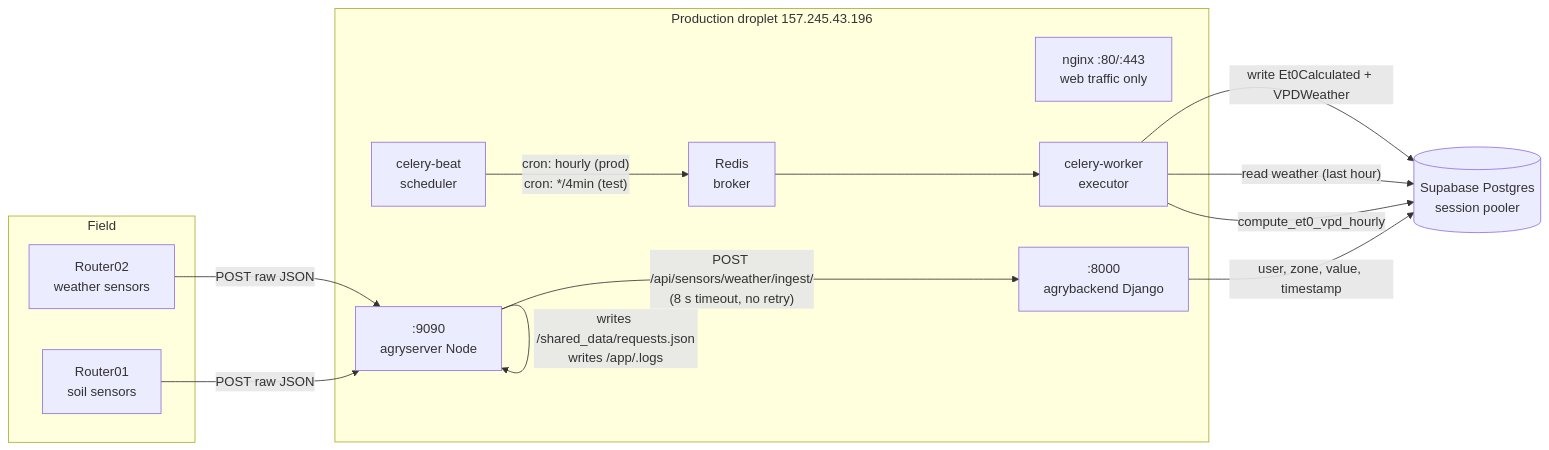
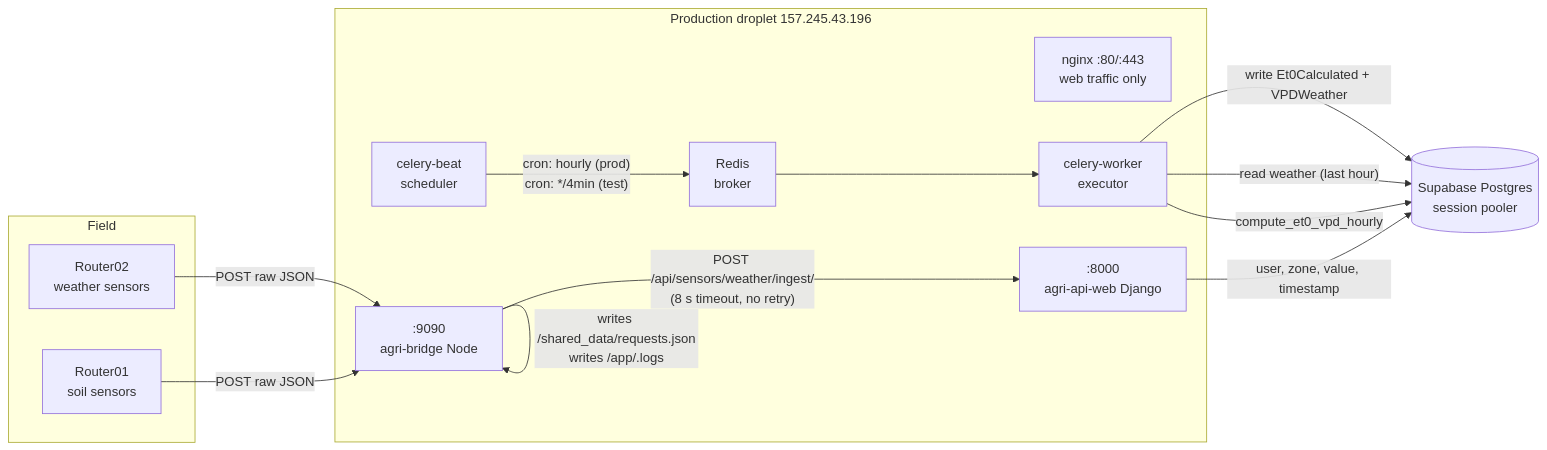
Before and after one commit to AgriLogy/agri-api: the first of 3 diagrams in docs/flows/data-ingestion.md, drawn with Mermaid. The commit also changed other lines of this file and 9 other files, not shown here.

First line of the commit message:
chore: rename agrilogy-back → agri-api (folder + image tag)

````diff
--- a/docs/flows/data-ingestion.md
+++ b/docs/flows/data-ingestion.md
@@ -32,30 +32,30 @@
 ```mermaid
 graph LR
   subgraph Field
     R1[Router01<br/>soil sensors]
     R2[Router02<br/>weather sensors]
   end
 
   subgraph Droplet["Production droplet 157.245.43.196"]
     NGINX[nginx :80/:443<br/>web traffic only]
-    AGRY[":9090<br/>agryserver Node"]
-    DJANGO[":8000<br/>agrybackend Django"]
+    AGRY[":9090<br/>agri-bridge Node"]
+    DJANGO[":8000<br/>agri-api-web Django"]
     REDIS[Redis<br/>broker]
     BEAT[celery-beat<br/>scheduler]
     WORK[celery-worker<br/>executor]
   end
 
   PG[(Supabase Postgres<br/>session pooler)]
 
   R1 -- POST raw JSON --> AGRY
   R2 -- POST raw JSON --> AGRY
   AGRY -- "writes /shared_data/requests.json<br/>writes /app/.logs" --> AGRY
   AGRY -- "POST /api/sensors/weather/ingest/<br/>(8 s timeout, no retry)" --> DJANGO
   DJANGO -- "user, zone, value, timestamp" --> PG
 
   BEAT -- "cron: hourly (prod)<br/>cron: */4min (test)" --> REDIS
   REDIS --> WORK
   WORK -- compute_et0_vpd_hourly --> PG
   WORK -- "read weather (last hour)" --> PG
   WORK -- "write Et0Calculated + VPDWeather" --> PG
 ```
````
